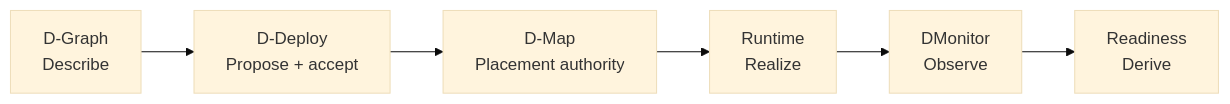
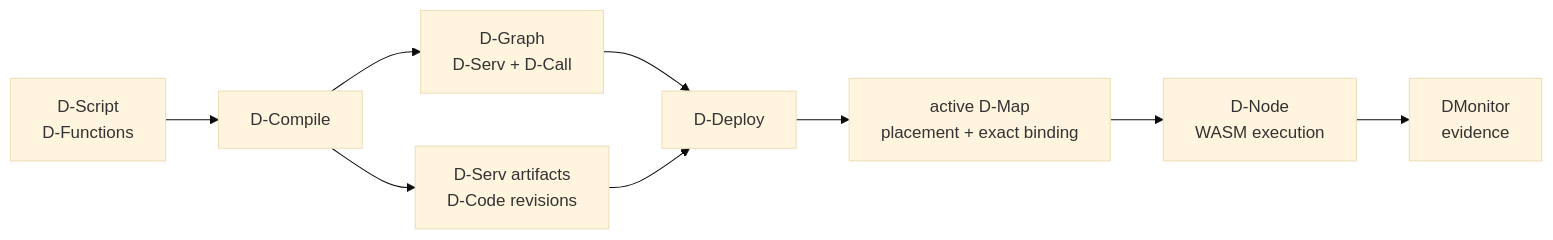
Before and after one commit to dnredson/datum-docs: the diagram in docs/concepts/index.md, drawn with Mermaid (base theme). The commit also changed other lines of this file and 12 other files, not shown here.

Commit message:
docs: document Phase 119I WebAssembly and D-Code flow

````diff
--- a/docs/concepts/index.md
+++ b/docs/concepts/index.md
@@ -7,8 +7,11 @@
 ```mermaid
 flowchart LR
-    DG["D-Graph\nDescribe"] --> DD["D-Deploy\nPropose + accept"]
-    DD --> DM["D-Map\nPlacement authority"]
-    DM --> RT["Runtime\nRealize"]
-    RT --> MON["DMonitor\nObserve"]
-    MON --> RDY["Readiness\nDerive"]
+    DS["D-Script\nD-Functions"] --> DC["D-Compile"]
+    DC --> DG["D-Graph\nD-Serv + D-Call"]
+    DC --> DA["D-Serv artifacts\nD-Code revisions"]
+    DG --> DD["D-Deploy"]
+    DA --> DD
+    DD --> DM["active D-Map\nplacement + exact binding"]
+    DM --> DN["D-Node\nWASM execution"]
+    DN --> MON["DMonitor\nevidence"]
 ```
````
